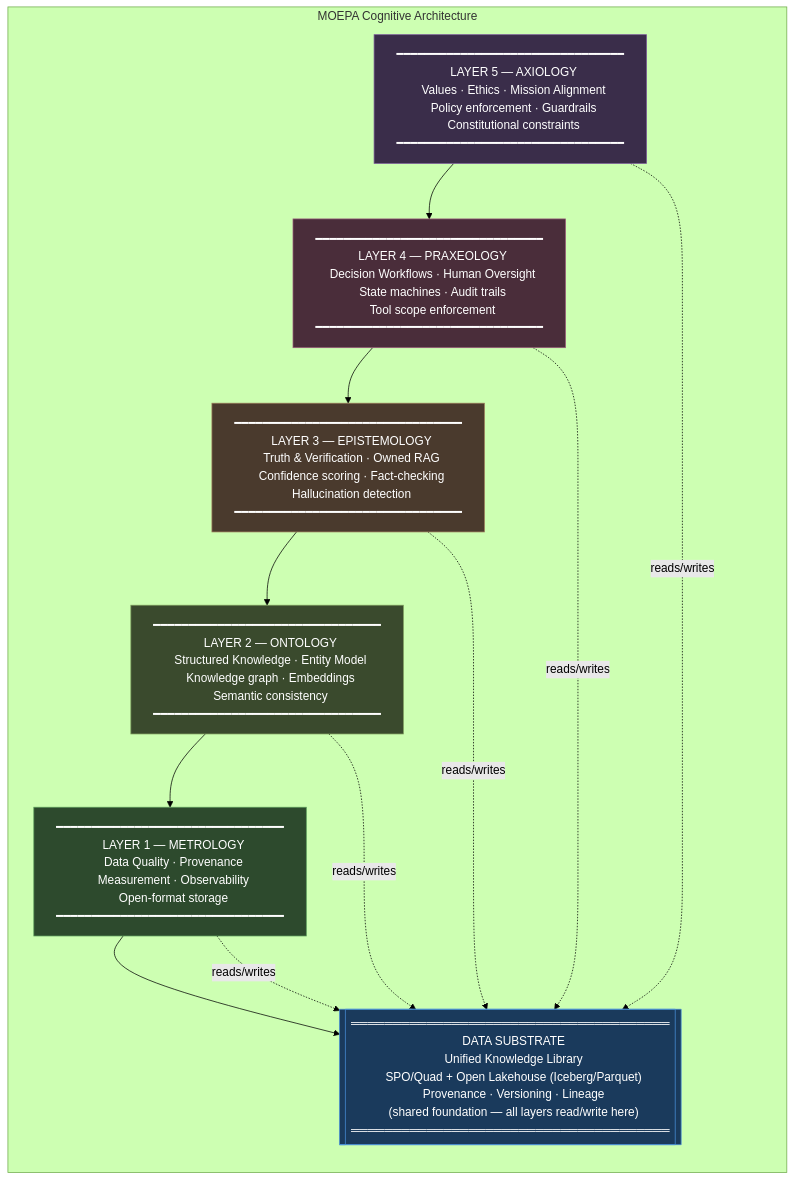
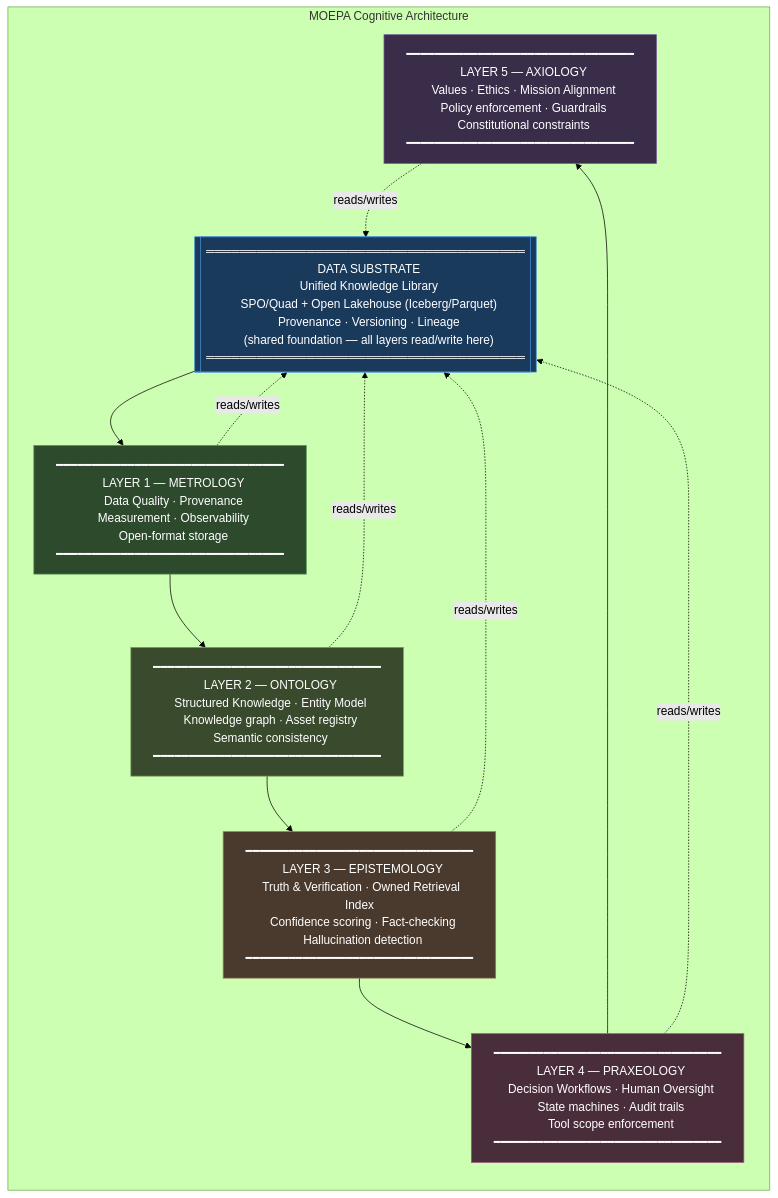
The diagram in diagrams/moepa-stack.md (PhilipAsiala/moepa-cognitive-architecture), drawn with Mermaid (forest theme) before and after one commit. The commit also changed other lines of this file and 15 other files, not shown here.

````diff
--- a/diagrams/moepa-stack.md
+++ b/diagrams/moepa-stack.md
@@ -9,32 +11,32 @@
 ```mermaid
 graph TB
     subgraph STACK["MOEPA Cognitive Architecture"]
         direction TB
 
         A5["━━━━━━━━━━━━━━━━━━━━━━━━━━━━━━━━\n  LAYER 5 — AXIOLOGY\n  Values · Ethics · Mission Alignment\n  Policy enforcement · Guardrails\n  Constitutional constraints\n━━━━━━━━━━━━━━━━━━━━━━━━━━━━━━━━"]
 
         A4["━━━━━━━━━━━━━━━━━━━━━━━━━━━━━━━━\n  LAYER 4 — PRAXEOLOGY\n  Decision Workflows · Human Oversight\n  State machines · Audit trails\n  Tool scope enforcement\n━━━━━━━━━━━━━━━━━━━━━━━━━━━━━━━━"]
 
-        A3["━━━━━━━━━━━━━━━━━━━━━━━━━━━━━━━━\n  LAYER 3 — EPISTEMOLOGY\n  Truth & Verification · Owned RAG\n  Confidence scoring · Fact-checking\n  Hallucination detection\n━━━━━━━━━━━━━━━━━━━━━━━━━━━━━━━━"]
+        A3["━━━━━━━━━━━━━━━━━━━━━━━━━━━━━━━━\n  LAYER 3 — EPISTEMOLOGY\n  Truth & Verification · Owned Retrieval Index\n  Confidence scoring · Fact-checking\n  Hallucination detection\n━━━━━━━━━━━━━━━━━━━━━━━━━━━━━━━━"]
 
-        A2["━━━━━━━━━━━━━━━━━━━━━━━━━━━━━━━━\n  LAYER 2 — ONTOLOGY\n  Structured Knowledge · Entity Model\n  Knowledge graph · Embeddings\n  Semantic consistency\n━━━━━━━━━━━━━━━━━━━━━━━━━━━━━━━━"]
+        A2["━━━━━━━━━━━━━━━━━━━━━━━━━━━━━━━━\n  LAYER 2 — ONTOLOGY\n  Structured Knowledge · Entity Model\n  Knowledge graph · Asset registry\n  Semantic consistency\n━━━━━━━━━━━━━━━━━━━━━━━━━━━━━━━━"]
 
         A1["━━━━━━━━━━━━━━━━━━━━━━━━━━━━━━━━\n  LAYER 1 — METROLOGY\n  Data Quality · Provenance\n  Measurement · Observability\n  Open-format storage\n━━━━━━━━━━━━━━━━━━━━━━━━━━━━━━━━"]
 
         SUB[["══════════════════════════════════════\n  DATA SUBSTRATE\n  Unified Knowledge Library\n  SPO/Quad + Open Lakehouse (Iceberg/Parquet)\n  Provenance · Versioning · Lineage\n  (shared foundation — all layers read/write here)\n══════════════════════════════════════"]]
     end
 
-    A5 --> A4 --> A3 --> A2 --> A1 --> SUB
+    SUB --> A1 --> A2 --> A3 --> A4 --> A5
     A1 -. reads/writes .-> SUB
     A2 -. reads/writes .-> SUB
     A3 -. reads/writes .-> SUB
     A4 -. reads/writes .-> SUB
     A5 -. reads/writes .-> SUB
 
     style SUB fill:#1a3a5c,color:#ffffff,stroke:#4a90d9
     style A1 fill:#2d4a2d,color:#ffffff,stroke:#5a9a5a
     style A2 fill:#3a4a2d,color:#ffffff,stroke:#7a9a5a
     style A3 fill:#4a3a2d,color:#ffffff,stroke:#9a7a5a
     style A4 fill:#4a2d3a,color:#ffffff,stroke:#9a5a7a
     style A5 fill:#3a2d4a,color:#ffffff,stroke:#7a5a9a
 ```
````
